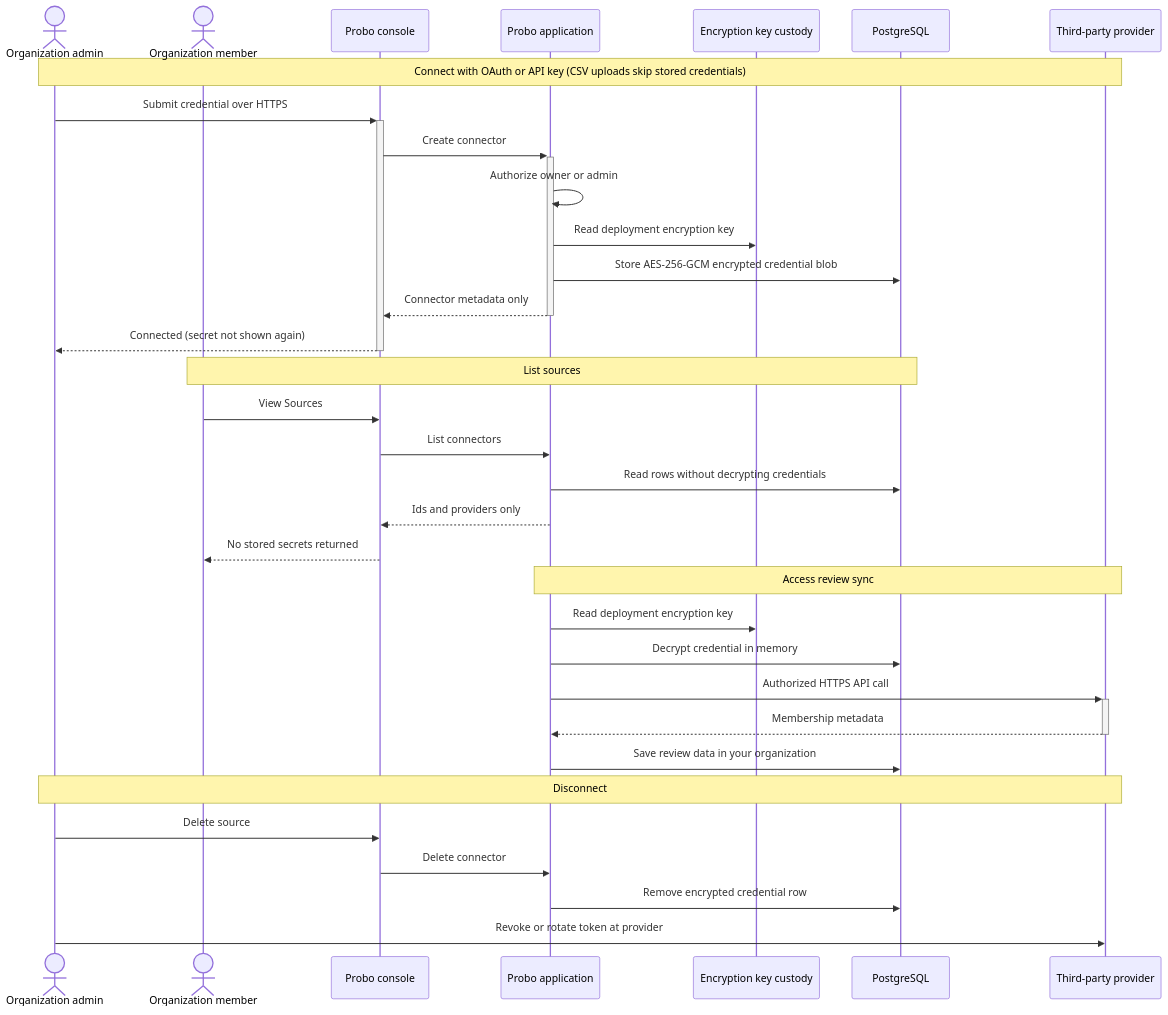
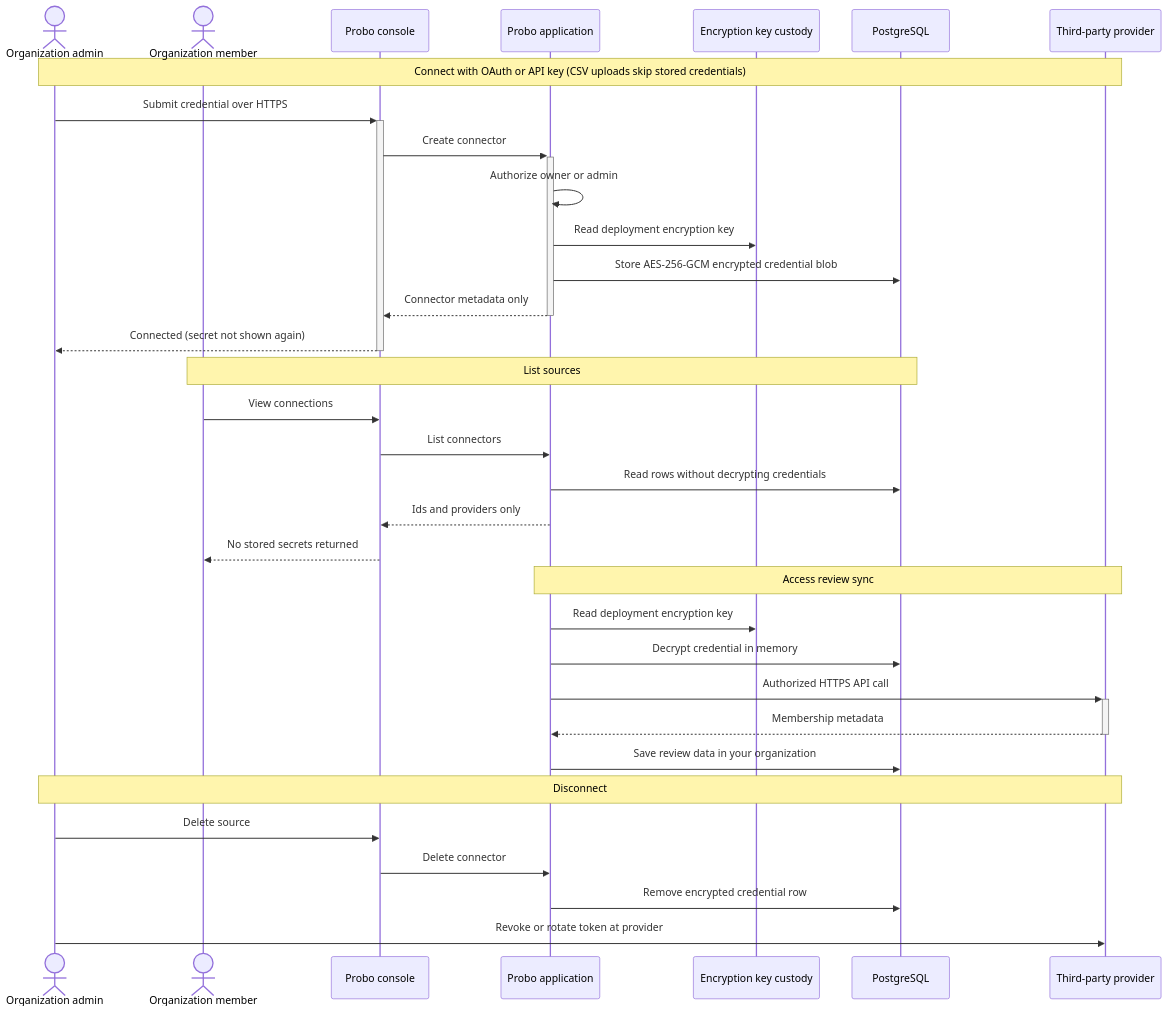
Before and after one commit to getprobo/getprobo.com: the diagram in src/content/docs/docs/product/access-review/integration-credential-flow.mermaid, drawn with Mermaid. The commit also changed 46 other files, not shown here.

```diff
--- a/src/content/docs/docs/product/access-review/integration-credential-flow.mermaid
+++ b/src/content/docs/docs/product/access-review/integration-credential-flow.mermaid
@@ -1,41 +1,41 @@
 sequenceDiagram
   actor Admin as Organization admin
   actor Member as Organization member
   participant Console as Probo console
   participant App as Probo application
   participant KeyStore as Encryption key custody
   participant DB as PostgreSQL
   participant Provider as Third-party provider
 
   Note over Admin,Provider: Connect with OAuth or API key (CSV uploads skip stored credentials)
 
   Admin->>+Console: Submit credential over HTTPS
   Console->>+App: Create connector
   App->>App: Authorize owner or admin
   App->>KeyStore: Read deployment encryption key
   App->>DB: Store AES-256-GCM encrypted credential blob
   App-->>-Console: Connector metadata only
   Console-->>-Admin: Connected (secret not shown again)
 
   Note over Member,DB: List sources
 
-  Member->>Console: View Sources
+  Member->>Console: View connections
   Console->>App: List connectors
   App->>DB: Read rows without decrypting credentials
   App-->>Console: Ids and providers only
   Console-->>Member: No stored secrets returned
 
   Note over App,Provider: Access review sync
 
   App->>KeyStore: Read deployment encryption key
   App->>DB: Decrypt credential in memory
   App->>+Provider: Authorized HTTPS API call
   Provider-->>-App: Membership metadata
   App->>DB: Save review data in your organization
 
   Note over Admin,Provider: Disconnect
 
   Admin->>Console: Delete source
   Console->>App: Delete connector
   App->>DB: Remove encrypted credential row
   Admin->>Provider: Revoke or rotate token at provider
```
